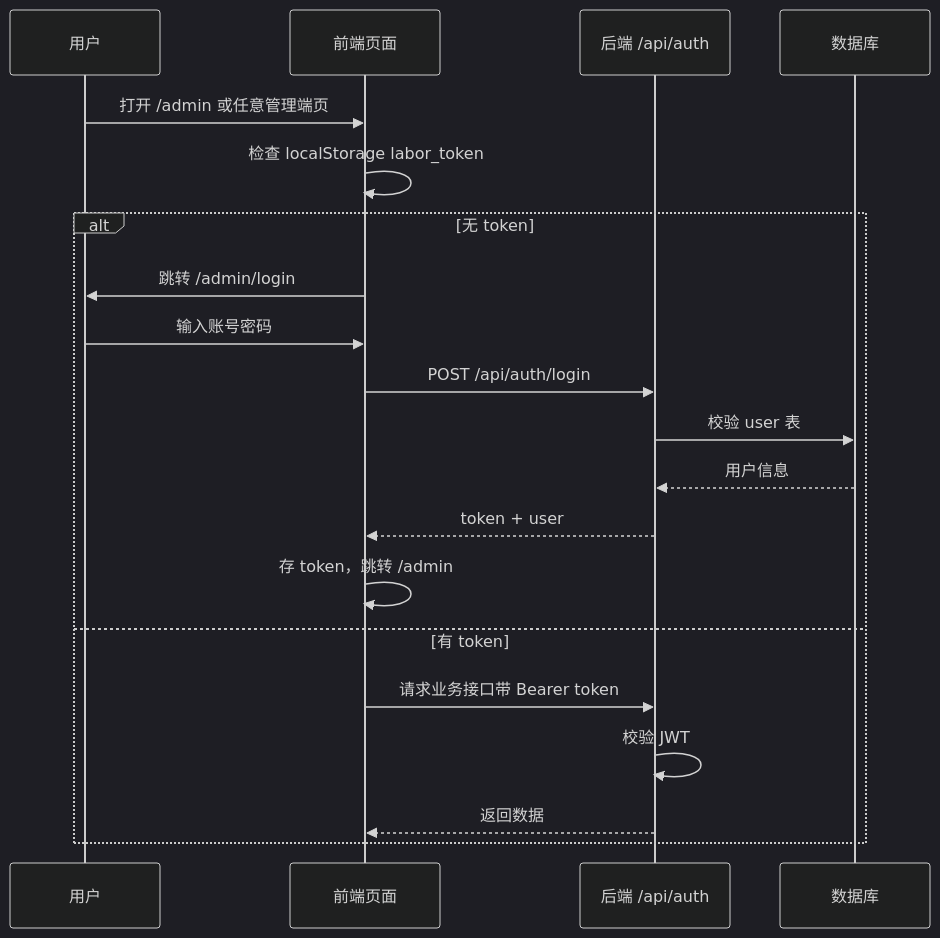
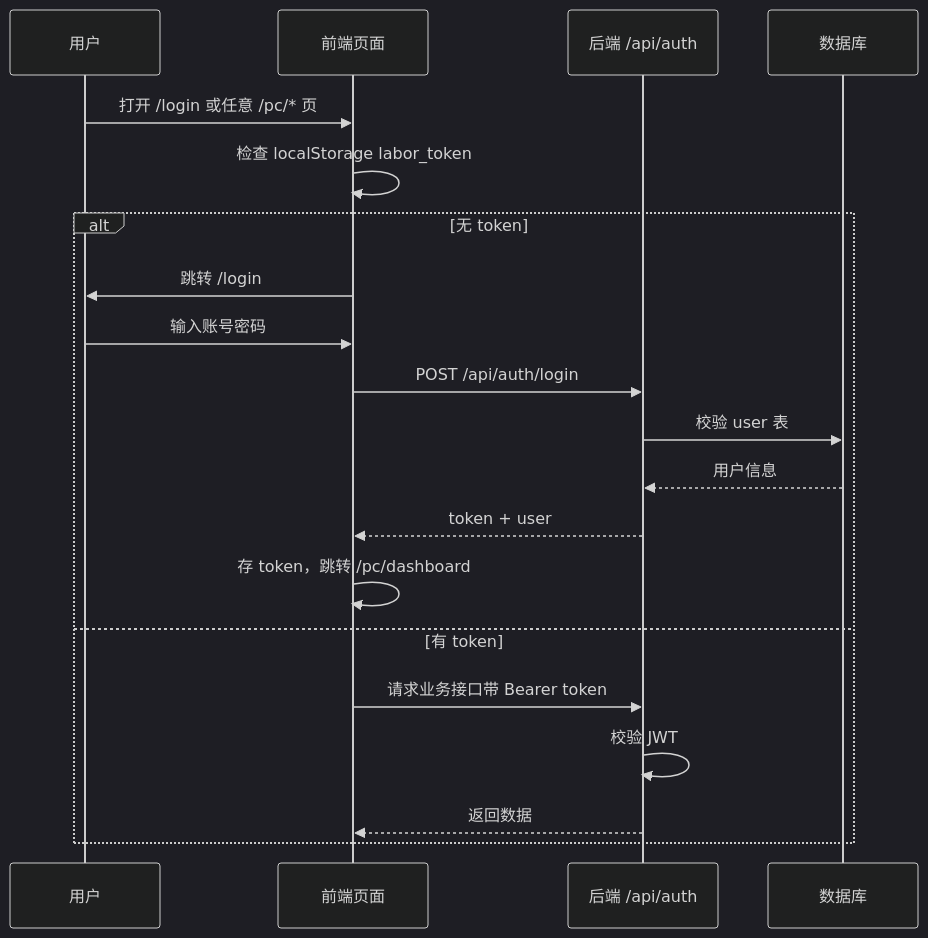
One commit to wanling131/Digital-Labor changed the second of 6 diagrams in 项目说明与架构.md. Above: the diagram before and after it, drawn with Mermaid (dark theme). The commit also changed other lines of this file and 71 other files, not shown here.

````diff
--- a/项目说明与架构.md
+++ b/项目说明与架构.md
@@ -168,23 +152,23 @@
 ```mermaid
 sequenceDiagram
   participant U as 用户
   participant P as 前端页面
   participant A as 后端 /api/auth
   participant D as 数据库
 
-  U->>P: 打开 /admin 或任意管理端页
+  U->>P: 打开 /login 或任意 /pc/* 页
   P->>P: 检查 localStorage labor_token
   alt 无 token
-    P->>U: 跳转 /admin/login
+    P->>U: 跳转 /login
     U->>P: 输入账号密码
     P->>A: POST /api/auth/login
     A->>D: 校验 user 表
     D-->>A: 用户信息
     A-->>P: token + user
-    P->>P: 存 token，跳转 /admin
+    P->>P: 存 token，跳转 /pc/dashboard
   else 有 token
     P->>A: 请求业务接口带 Bearer token
     A->>A: 校验 JWT
     A-->>P: 返回数据
   end
 ```
````
